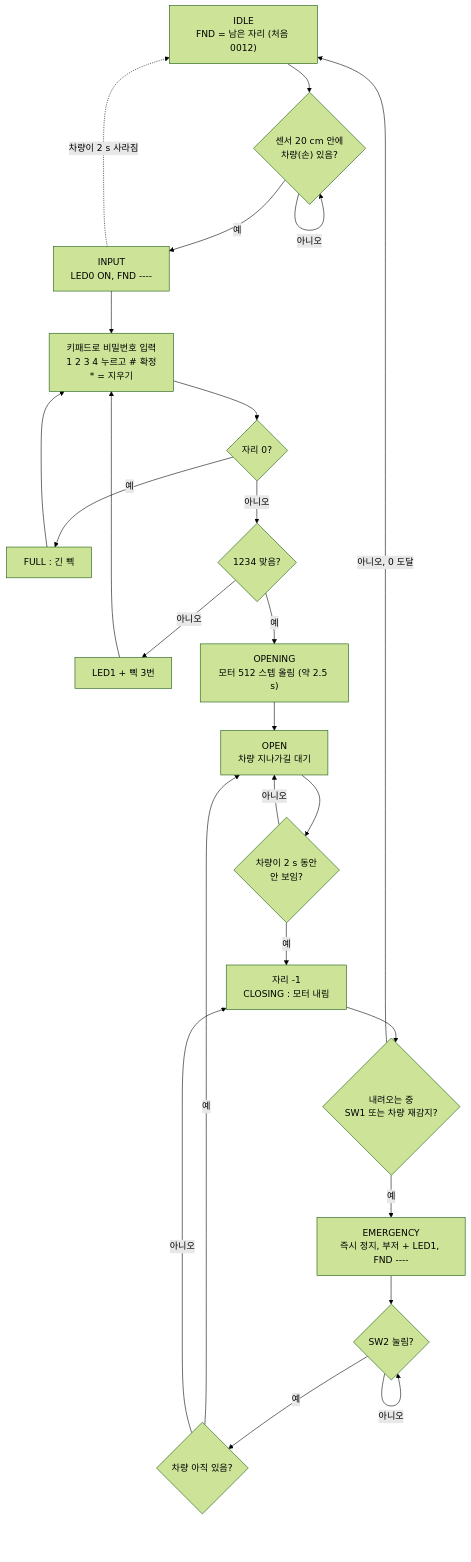
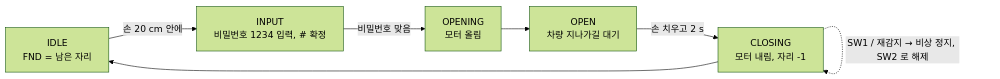
Before and after one commit to GeunheePARKKK/Microprocessor_Term_project: the diagram in 주2_시스템_1차완성/결선표_및_동작설명.md, drawn with Mermaid (forest theme).

Commit message:
주 2 md: 흐름도를 IDLE→INPUT→OPENING→OPEN→CLOSING→IDLE 로 단순화

````diff
--- a/주2_시스템_1차완성/결선표_및_동작설명.md
+++ b/주2_시스템_1차완성/결선표_및_동작설명.md
@@ -38,25 +38,9 @@
 ```mermaid
-flowchart TD
-    A["IDLE<br/>FND = 남은 자리 (처음 0012)"] --> B{"센서 20 cm 안에<br/>차량(손) 있음?"}
-    B -- 아니오 --> B
-    B -- 예 --> C["INPUT<br/>LED0 ON, FND ----"]
-    C --> D["키패드로 비밀번호 입력<br/>1 2 3 4 누르고 # 확정<br/>* = 지우기"]
-    C -. 차량이 2 s 사라짐 .-> A
-    D --> E{"자리 0?"}
-    E -- 예 --> E1["FULL : 긴 삑"] --> D
-    E -- 아니오 --> F{"1234 맞음?"}
-    F -- 아니오 --> F1["LED1 + 삑 3번"] --> D
-    F -- 예 --> G["OPENING<br/>모터 512 스텝 올림 (약 2.5 s)"]
-    G --> H["OPEN<br/>차량 지나가길 대기"]
-    H --> I{"차량이 2 s 동안<br/>안 보임?"}
-    I -- 아니오 --> H
-    I -- 예 --> J["자리 -1<br/>CLOSING : 모터 내림"]
-    J --> K{"내려오는 중<br/>SW1 또는 차량 재감지?"}
-    K -- 아니오, 0 도달 --> A
-    K -- 예 --> L["EMERGENCY<br/>즉시 정지, 부저 + LED1, FND ----"]
-    L --> M{"SW2 눌림?"}
-    M -- 아니오 --> M
-    M -- 예 --> N{"차량 아직 있음?"}
-    N -- 예 --> H
-    N -- 아니오 --> J
+flowchart LR
+    IDLE["IDLE<br/>FND = 남은 자리"] -- "손 20 cm 안에" --> INPUT["INPUT<br/>비밀번호 1234 입력, # 확정"]
+    INPUT -- "비밀번호 맞음" --> OPENING["OPENING<br/>모터 올림"]
+    OPENING --> OPEN["OPEN<br/>차량 지나가길 대기"]
+    OPEN -- "손 치우고 2 s" --> CLOSING["CLOSING<br/>모터 내림, 자리 -1"]
+    CLOSING --> IDLE
+    CLOSING -. "SW1 / 재감지 → 비상 정지, SW2 로 해제" .-> CLOSING
 ```
````
